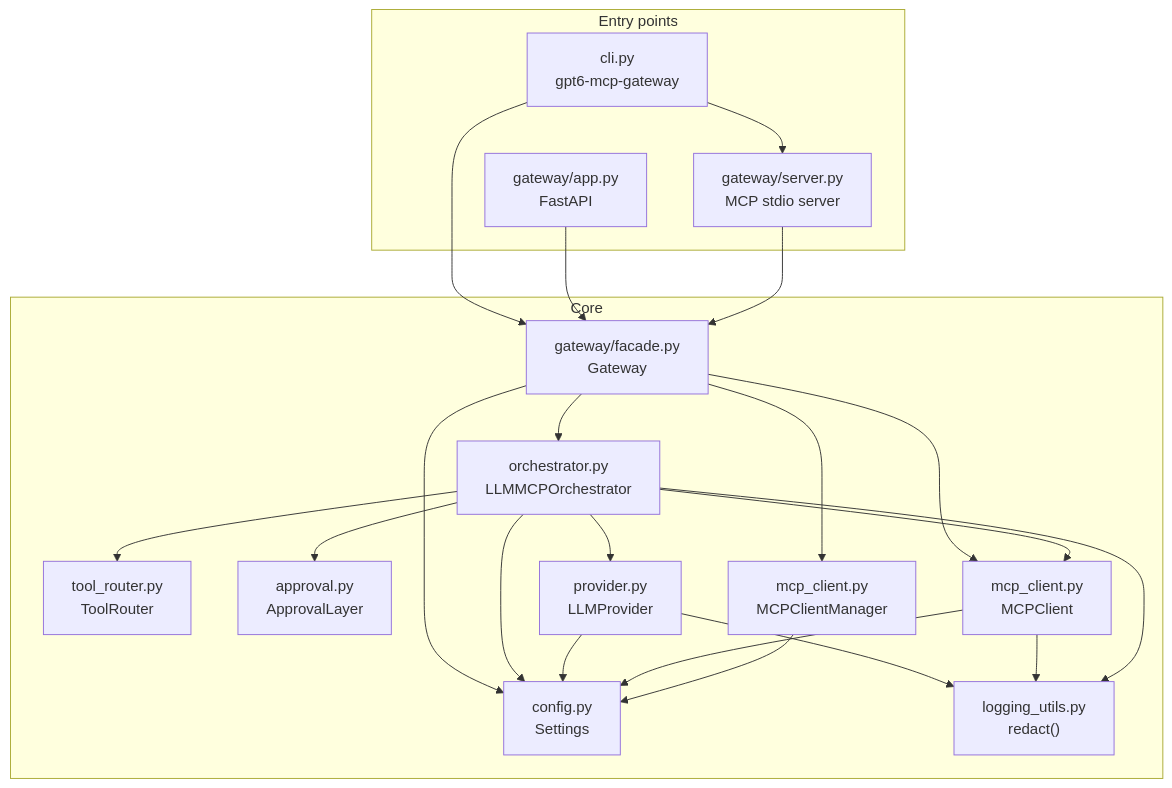
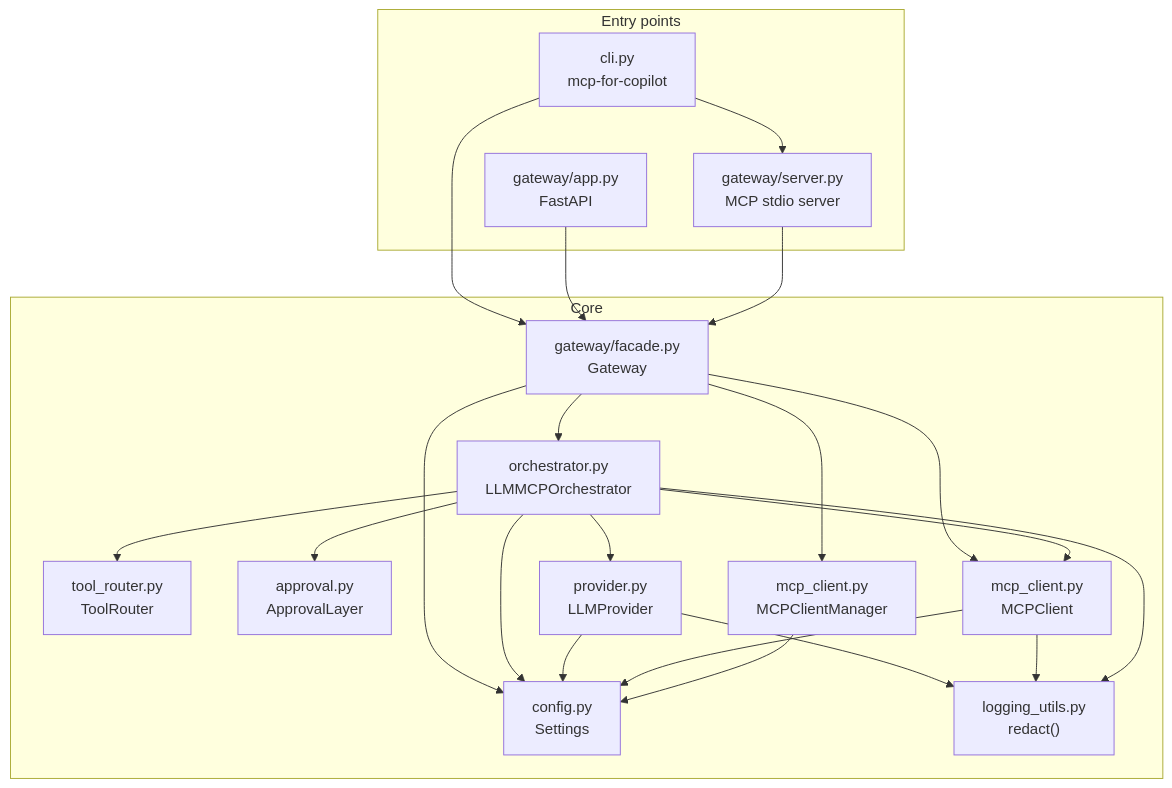
The first of 2 diagrams in docs/architecture.md (rwamyth-blip/MCP-for-Copilot), drawn with Mermaid before and after one commit. The commit also changed 64 other files, not shown here.

First line of the commit message:
refactor: rename project to MCP for Copilot

````diff
--- a/docs/architecture.md
+++ b/docs/architecture.md
@@ -5,40 +5,40 @@
 ```mermaid
 flowchart TB
     subgraph Entry["Entry points"]
-        CLI["cli.py<br/>gpt6-mcp-gateway"]
+        CLI["cli.py<br/>mcp-for-copilot"]
         APP["gateway/app.py<br/>FastAPI"]
         SRV["gateway/server.py<br/>MCP stdio server"]
     end
 
     subgraph Core["Core"]
         FAC["gateway/facade.py<br/>Gateway"]
         ORC["orchestrator.py<br/>LLMMCPOrchestrator"]
         RTR["tool_router.py<br/>ToolRouter"]
         APR["approval.py<br/>ApprovalLayer"]
         PRV["provider.py<br/>LLMProvider"]
         MCP["mcp_client.py<br/>MCPClient"]
         MGR["mcp_client.py<br/>MCPClientManager"]
         CFG["config.py<br/>Settings"]
         LOG["logging_utils.py<br/>redact()"]
     end
 
     CLI --> FAC
     CLI --> SRV
     APP --> FAC
     SRV --> FAC
     FAC --> ORC
     FAC --> MCP
     FAC --> MGR
     ORC --> PRV
     ORC --> RTR
     ORC --> APR
     ORC --> MCP
     FAC --> CFG
     ORC --> CFG
     PRV --> CFG
     MCP --> CFG
     MGR --> CFG
     PRV --> LOG
     MCP --> LOG
     ORC --> LOG
 ```
````
